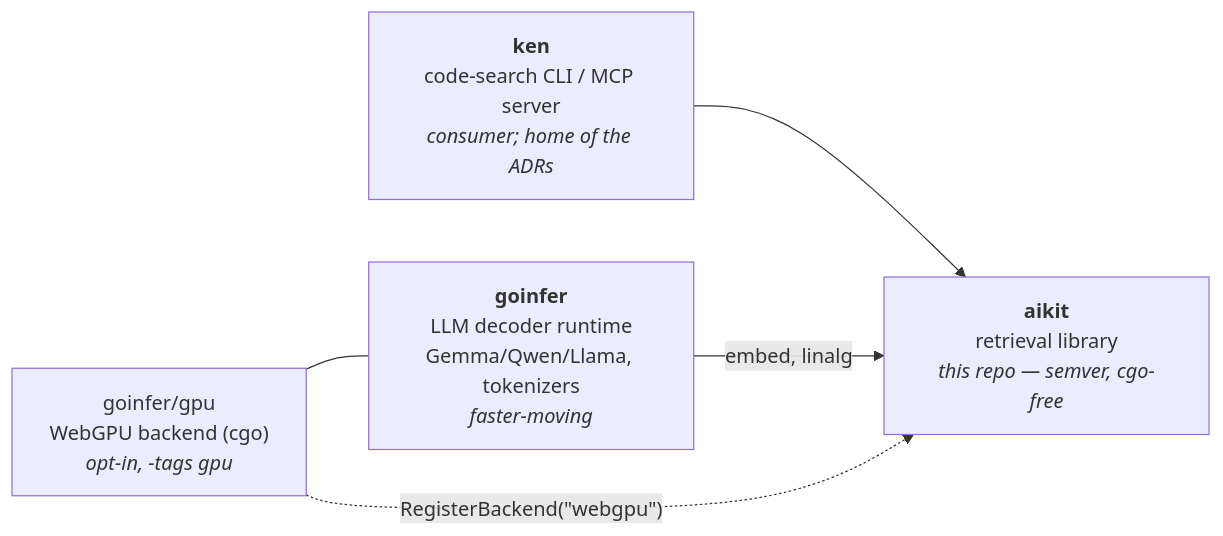
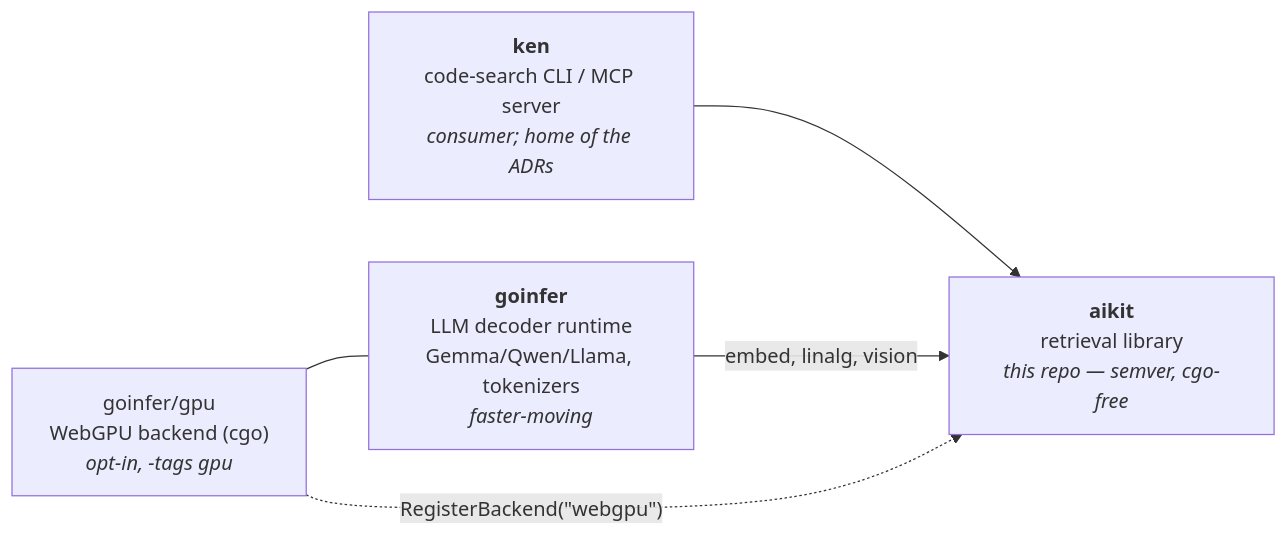
The second of 3 diagrams in docs/architecture.md (townsendmerino/aikit), drawn with Mermaid before and after one commit. The commit also changed other lines of this file and 15 other files, not shown here.

First line of the commit message:
vision: add pure-Go SigLIP/ViT image encoder (Experimental) — moved from goinfer

````diff
--- a/docs/architecture.md
+++ b/docs/architecture.md
@@ -87,11 +95,11 @@
 ```mermaid
 graph LR
     ken["<b>ken</b><br/>code-search CLI / MCP server<br/><i>consumer; home of the ADRs</i>"]
     aikit["<b>aikit</b><br/>retrieval library<br/><i>this repo — semver, cgo-free</i>"]
     goinfer["<b>goinfer</b><br/>LLM decoder runtime<br/>Gemma/Qwen/Llama, tokenizers<br/><i>faster-moving</i>"]
     gpu["goinfer/gpu<br/>WebGPU backend (cgo)<br/><i>opt-in, -tags gpu</i>"]
     ken --> aikit
-    goinfer -->|"embed, linalg"| aikit
+    goinfer -->|"embed, linalg, vision"| aikit
     gpu -.->|"RegisterBackend(#quot;webgpu#quot;)"| aikit
     gpu --- goinfer
 ```
````
